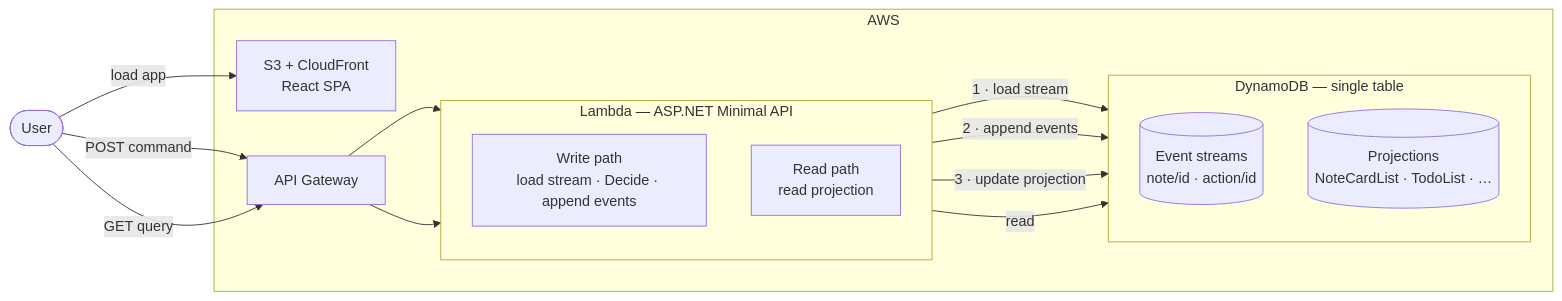
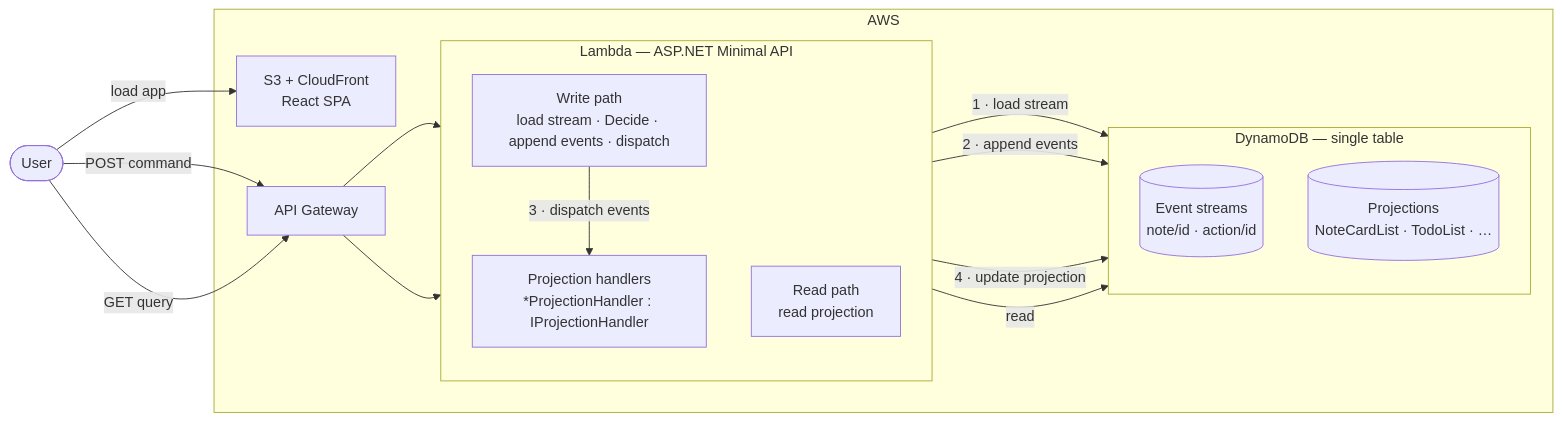
Before and after one commit to simonkirkham/ai-note-taker: the diagram in docs/architecture.md, drawn with Mermaid. The commit also changed other lines of this file and 2 other files, not shown here.

First line of the commit message:
docs(7.8-G): add domain event dispatcher slice; update architecture docs

````diff
--- a/docs/architecture.md
+++ b/docs/architecture.md
@@ -55,33 +61,35 @@
 ```mermaid
 flowchart LR
     User([User])
 
     subgraph AWS [AWS]
         CDN["S3 + CloudFront\nReact SPA"]
         APIGW["API Gateway"]
 
         subgraph Lambda ["Lambda — ASP.NET Minimal API"]
             direction TB
-            WR["Write path\nload stream · Decide · append events"]
+            WR["Write path\nload stream · Decide · append events · dispatch"]
+            PH["Projection handlers\n*ProjectionHandler : IProjectionHandler"]
             RD["Read path\nread projection"]
         end
 
         subgraph DB ["DynamoDB — single table"]
             direction TB
             ES[("Event streams\nnote/id · action/id")]
             RM[("Projections\nNoteCardList · TodoList · …")]
         end
     end
 
     User -- "load app" --> CDN
     User -- "POST command" --> APIGW
     User -- "GET query" --> APIGW
 
     APIGW --> WR
     APIGW --> RD
 
     WR -- "1 · load stream" --> ES
     WR -- "2 · append events" --> ES
-    WR -- "3 · update projection" --> RM
+    WR -- "3 · dispatch events" --> PH
+    PH -- "4 · update projection" --> RM
     RD -- "read" --> RM
 ```
````
